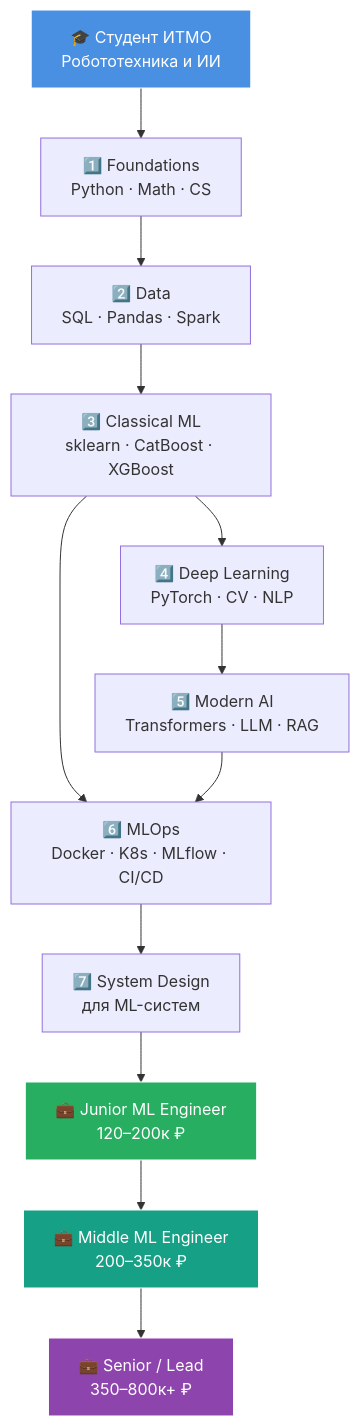
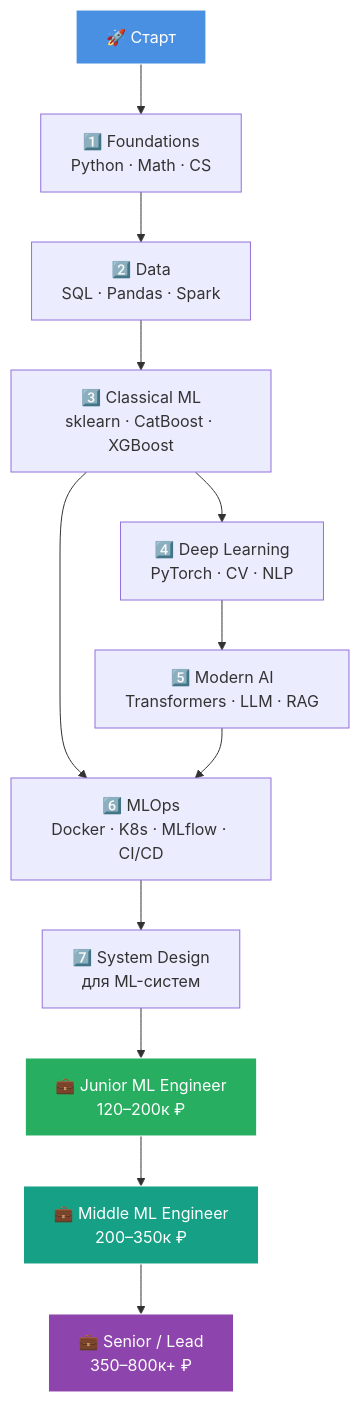
The first of 2 diagrams in README.md (BladeStranger04/ml-engineer-roadmap), drawn with Mermaid before and after one commit. The commit also changed other lines of this file and 3 other files, not shown here.

````diff
--- a/README.md
+++ b/README.md
@@ -34,19 +34,19 @@
 ```mermaid
 flowchart TD
-    A[🎓 Студент ИТМО<br/>Робототехника и ИИ] --> B[1️⃣ Foundations<br/>Python · Math · CS]
+    A[🚀 Старт] --> B[1️⃣ Foundations<br/>Python · Math · CS]
     B --> C[2️⃣ Data<br/>SQL · Pandas · Spark]
     C --> D[3️⃣ Classical ML<br/>sklearn · CatBoost · XGBoost]
     D --> E[4️⃣ Deep Learning<br/>PyTorch · CV · NLP]
     E --> F[5️⃣ Modern AI<br/>Transformers · LLM · RAG]
     D --> G[6️⃣ MLOps<br/>Docker · K8s · MLflow · CI/CD]
     F --> G
     G --> H[7️⃣ System Design<br/>для ML-систем]
     H --> I[💼 Junior ML Engineer<br/>120–200к ₽]
     I --> J[💼 Middle ML Engineer<br/>200–350к ₽]
     J --> K[💼 Senior / Lead<br/>350–800к+ ₽]
 
     style A fill:#4A90E2,stroke:#fff,color:#fff
     style I fill:#27AE60,stroke:#fff,color:#fff
     style J fill:#16A085,stroke:#fff,color:#fff
     style K fill:#8E44AD,stroke:#fff,color:#fff
 ```
````
